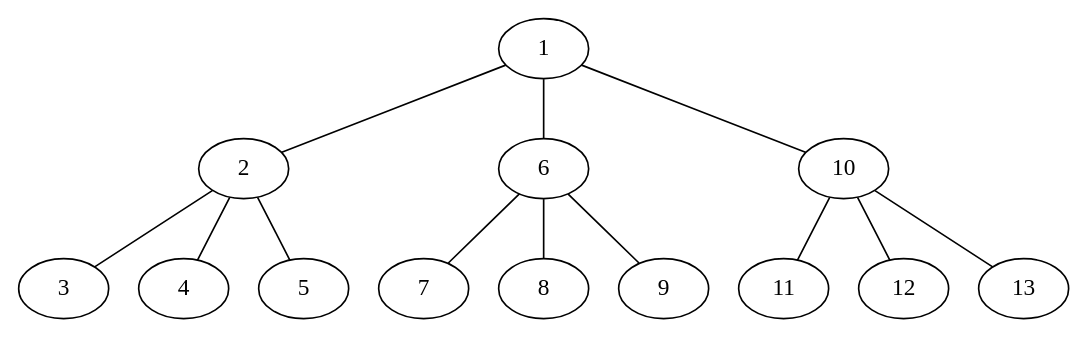
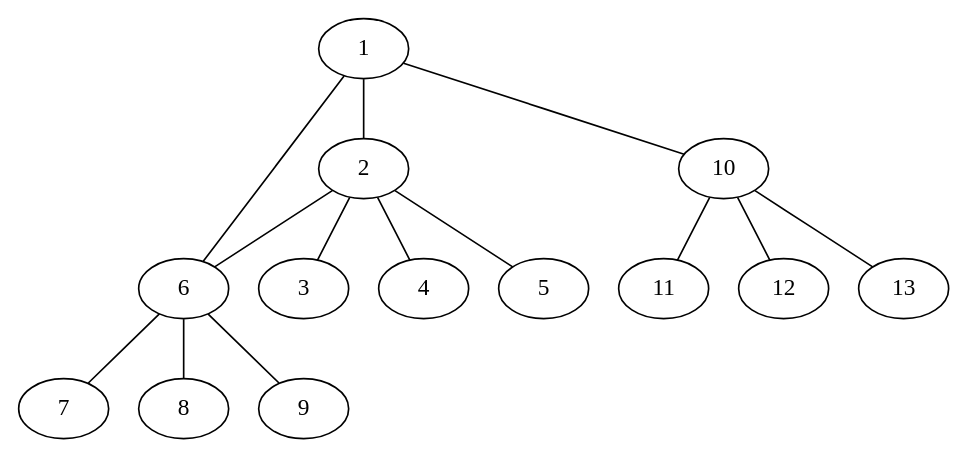
The diagram in programmers_guide/code/multiswitch_topologies/multiswitch_topo.dot (frenetic-lang/manual), drawn with Graphviz before and after one commit. The commit also changed 22 other files, not shown here.

```diff
--- a/programmers_guide/code/multiswitch_topologies/multiswitch_topo.dot
+++ b/programmers_guide/code/multiswitch_topologies/multiswitch_topo.dot
@@ -1,41 +1,41 @@
 strict graph multiswitch {
   /* Level 1 */
-  1 [ dpid=1 ];
+  1 ;
 
   /* Level 2 */
-  2 [ dpid=2 ];
-  6 [ dpid=6 ];
-  10 [ dpid=10 ];
+  2 ;
+  6 ;
+  10 ;
 
   /* Level 3 */
-  3 [ dpid=3 ];
-  4 [ dpid=4 ];
-  5 [ dpid=5 ];
+  3 ;
+  4 ;
+  5 ;
 
-  7 [ dpid=7 ];
-  8 [ dpid=8 ];
-  9 [ dpid=9 ];
+  7 ;
+  8 ;
+  9 ;
 
-  11 [ dpid=11 ];
-  12 [ dpid=12 ];
-  13 [ dpid=13 ];
+  11 ;
+  12 ;
+  13 ;
 
   /* Level 1 -> Level 2 */
   1 -- 2 [ src_port = 1,  dport = 4 ];
   1 -- 6 [ src_port = 2,  dport = 4 ];
   1 -- 10 [ src_port = 3,  dport = 4 ];
 
   /* Level 2 -> Level 3 */
   2 -- 3 [ src_port = 1,  dport = 4 ];
   2 -- 4 [ src_port = 2,  dport = 4 ];
   2 -- 5 [ src_port = 3,  dport = 4 ];
-  /* s2 -- s6 [ src_port = 5,  dport = 5 ];  Extra - forms loop */
+  2 -- 6 [ src_port = 5,  dport = 5 ];  /* Extra - forms loop */
 
   6 -- 7 [ src_port = 1,  dport = 4 ];
   6 -- 8 [ src_port = 2,  dport = 4 ];
   6 -- 9 [ src_port = 3,  dport = 4 ];
 
   10 -- 11 [ src_port = 1,  dport = 4 ];
   10 -- 12 [ src_port = 2,  dport = 4 ];
   10 -- 13 [ src_port = 3,  dport = 4 ];
 }
```
